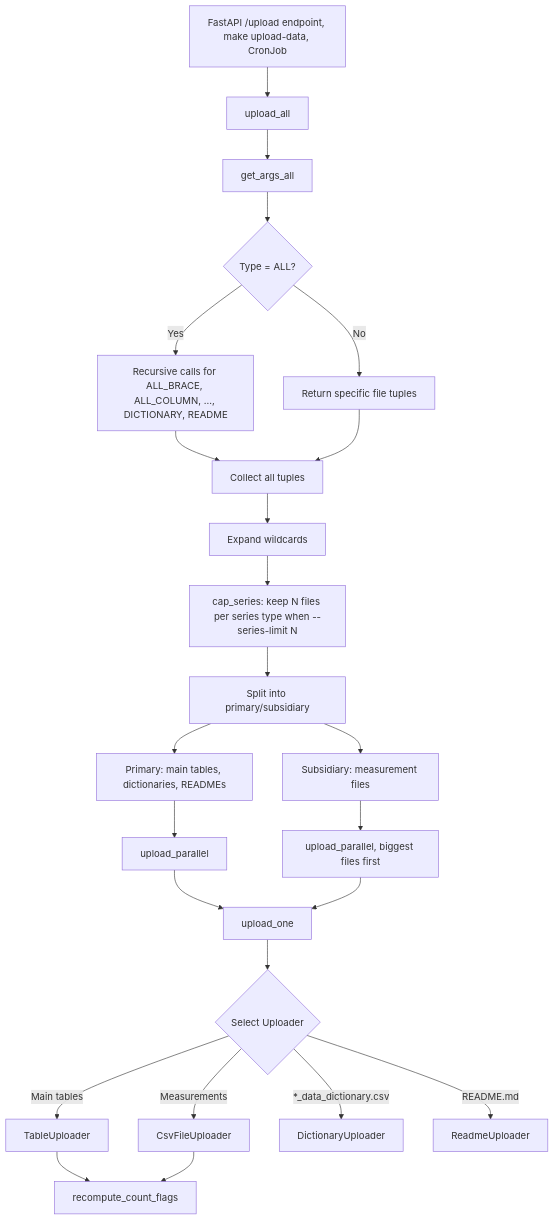
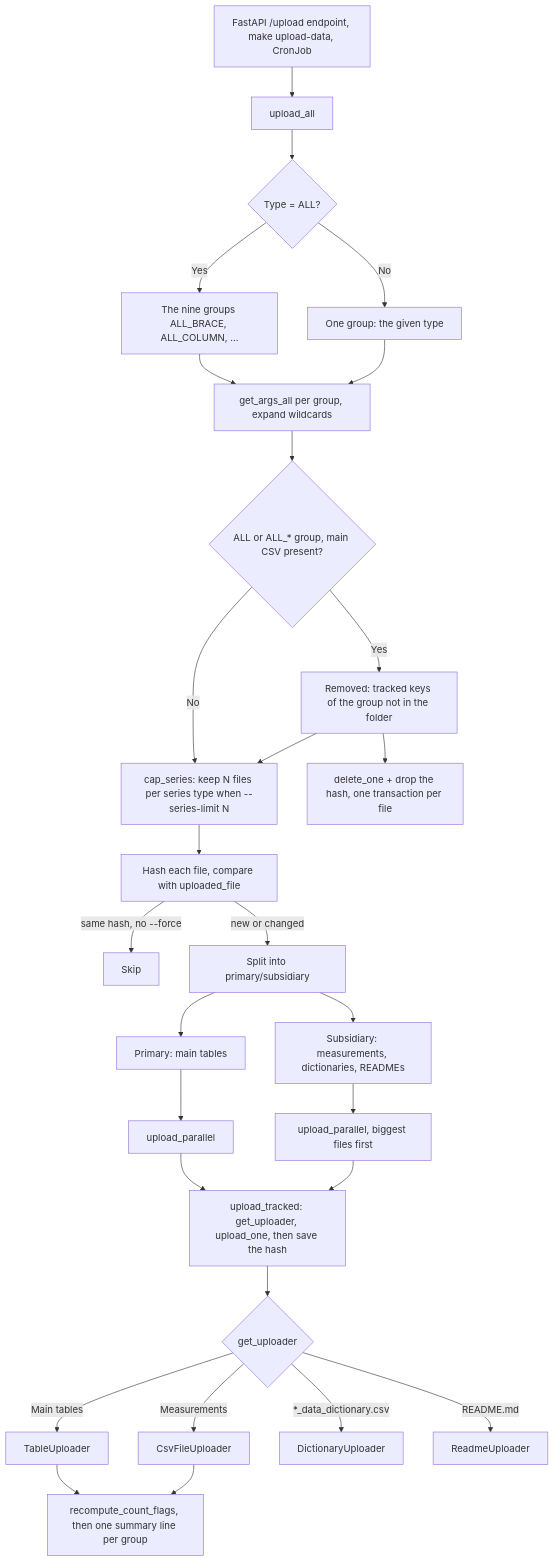
The first of 2 diagrams in backend/resslab_hub/data/uploader.md (RESSLab-Team/resslab-hub), drawn with Mermaid before and after one commit. The commit also changed other lines of this file and 20 other files, not shown here.

First line of the commit message:
feat(uploader): upload only the files that changed

````diff
--- a/backend/resslab_hub/data/uploader.md
+++ b/backend/resslab_hub/data/uploader.md
@@ -7,33 +11,36 @@
 ```mermaid
 flowchart TD
     A[FastAPI /upload endpoint, make upload-data, CronJob] --> B[upload_all]
-    B --> C[get_args_all]
+    B --> C{Type = ALL?}
+    C -->|Yes| D[The nine groups ALL_BRACE, ALL_COLUMN, ...]
+    C -->|No| E[One group: the given type]
+    D --> G[get_args_all per group, expand wildcards]
+    E --> G
 
-    C --> D{Type = ALL?}
-    D -->|Yes| E[Recursive calls for ALL_BRACE, ALL_COLUMN, ..., DICTIONARY, README]
-    D -->|No| F[Return specific file tuples]
-    E --> G[Collect all tuples]
-    F --> G
+    G --> R{ALL or ALL_* group, main CSV present?}
+    R -->|Yes| R2[Removed: tracked keys of the group not in the folder]
+    R -->|No| H2
+    R2 --> H2[cap_series: keep N files per series type when --series-limit N]
+    H2 --> H3[Hash each file, compare with uploaded_file]
+    H3 -->|same hash, no --force| SK[Skip]
+    H3 -->|new or changed| I[Split into primary/subsidiary]
+    R2 --> RM[delete_one + drop the hash, one transaction per file]
 
-    G --> H[Expand wildcards]
-    H --> H2[cap_series: keep N files per series type when --series-limit N]
-    H2 --> I[Split into primary/subsidiary]
-
-    I --> J[Primary: main tables, dictionaries, READMEs]
-    I --> K[Subsidiary: measurement files]
+    I --> J[Primary: main tables]
+    I --> K[Subsidiary: measurements, dictionaries, READMEs]
 
     J --> L[upload_parallel]
     K --> M[upload_parallel, biggest files first]
 
-    L --> N[upload_one]
+    L --> N[upload_tracked: get_uploader, upload_one, then save the hash]
     M --> N
 
-    N --> O{Select Uploader}
+    N --> O{get_uploader}
     O -->|Main tables| P[TableUploader]
     O -->|Measurements| Q[CsvFileUploader]
-    O -->|*_data_dictionary.csv| R[DictionaryUploader]
+    O -->|*_data_dictionary.csv| DU[DictionaryUploader]
     O -->|README.md| S[ReadmeUploader]
 
-    P --> T[recompute_count_flags]
+    P --> T[recompute_count_flags, then one summary line per group]
     Q --> T
 ```
````
